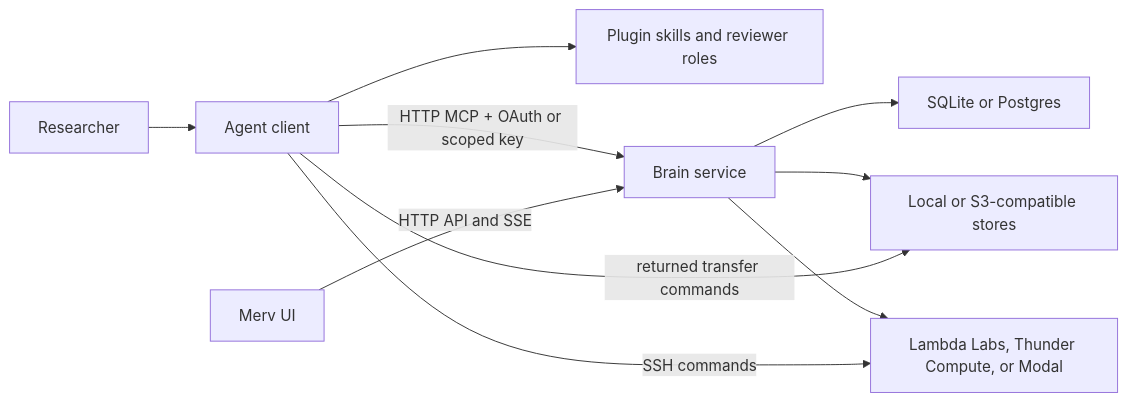
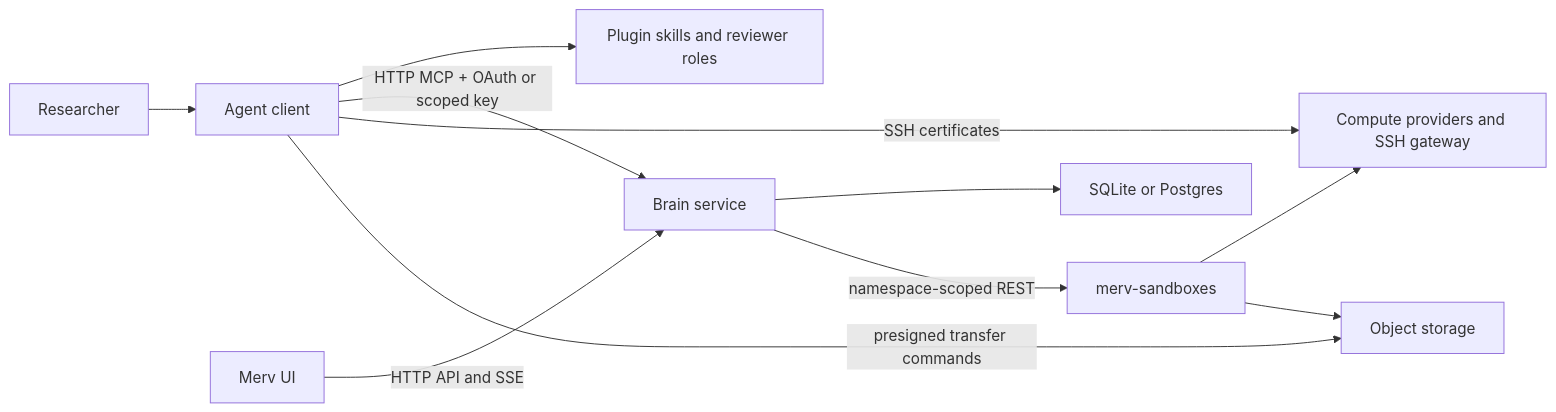
The diagram in merv/docs/ARCHITECTURE.md (rapidreview-io/Merv), drawn with Mermaid before and after one commit. The commit also changed other lines of this file and 200 other files, not shown here.

Commit message:
Replace built-in infrastructure with merv-sandboxes service

````diff
--- a/merv/docs/ARCHITECTURE.md
+++ b/merv/docs/ARCHITECTURE.md
@@ -36,12 +36,13 @@
 ```mermaid
 flowchart LR
   User["Researcher"] --> Client["Agent client"]
   Client --> Skills["Plugin skills and reviewer roles"]
   Client -->|HTTP MCP + OAuth or scoped key| Brain["Brain service"]
   Browser["Merv UI"] -->|HTTP API and SSE| Brain
   Brain --> State["SQLite or Postgres"]
-  Brain --> Blobs["Local or S3-compatible stores"]
-  Brain --> Providers["Lambda Labs, Thunder Compute, or Modal"]
-  Client -->|SSH commands| Providers
-  Client -->|returned transfer commands| Blobs
+  Brain -->|namespace-scoped REST| Infra["merv-sandboxes"]
+  Infra --> Providers["Compute providers and SSH gateway"]
+  Infra --> Blobs["Object storage"]
+  Client -->|SSH certificates| Providers
+  Client -->|presigned transfer commands| Blobs
 ```
````
